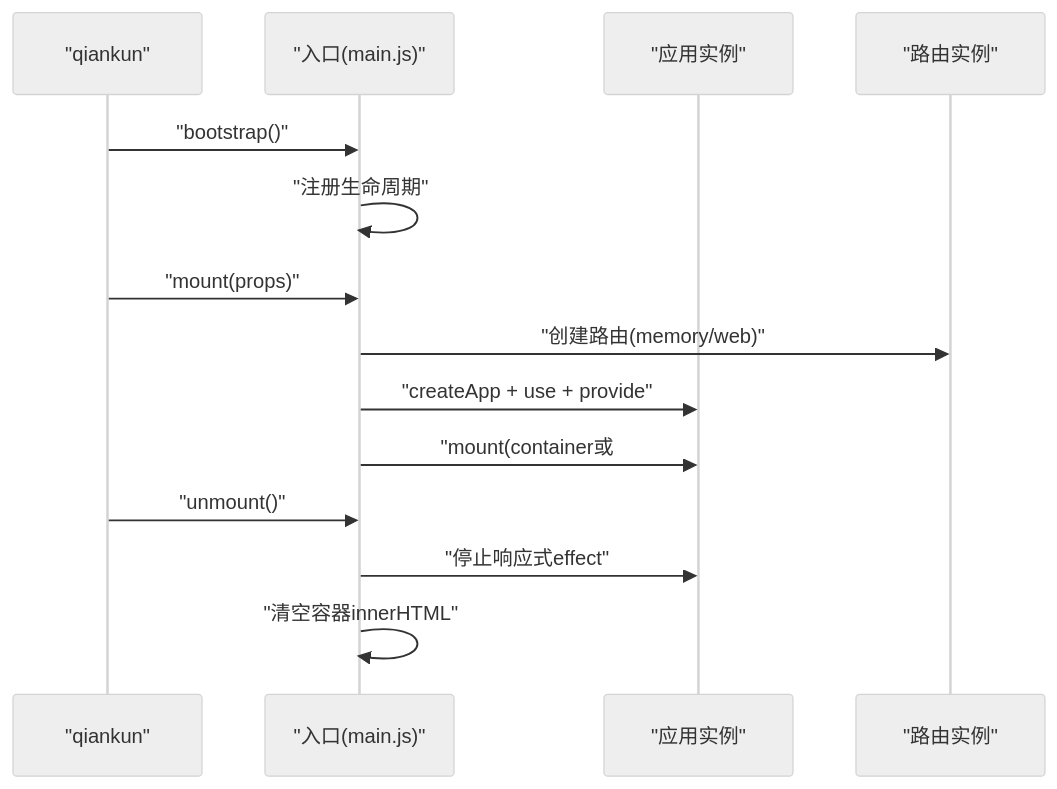
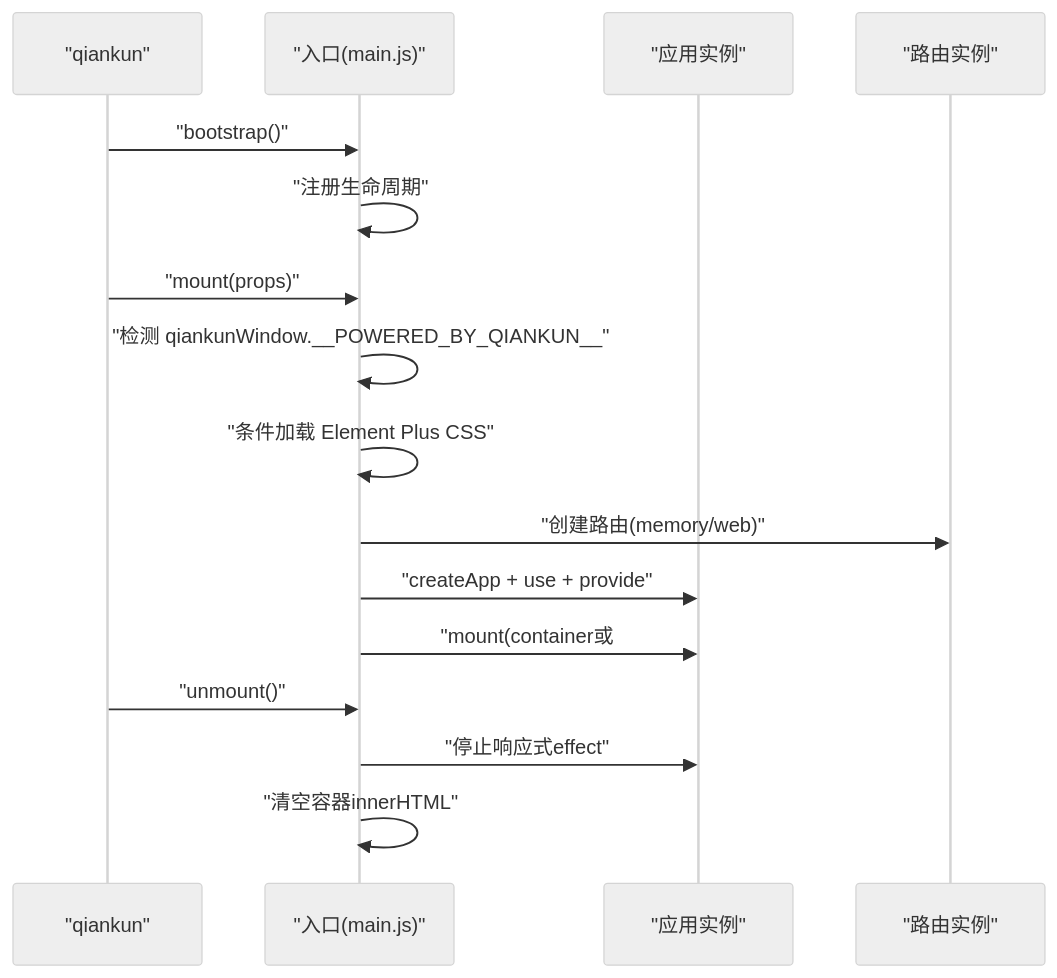
One commit to my-Sitara/artisan-base-frontend changed the fourth of 10 diagrams in .qoder/repowiki/zh/content/应用开发/Vue3子应用开发.md. Above: the diagram before and after it, drawn with Mermaid (neutral theme). The commit also changed other lines of this file and 35 other files, not shown here.

````diff
--- a/.qoder/repowiki/zh/content/应用开发/Vue3子应用开发.md
+++ b/.qoder/repowiki/zh/content/应用开发/Vue3子应用开发.md
@@ -139,16 +183,18 @@
 ```mermaid
 sequenceDiagram
 participant QK as "qiankun"
 participant Entry as "入口(main.js)"
 participant App as "应用实例"
 participant Router as "路由实例"
 QK->>Entry : "bootstrap()"
 Entry->>Entry : "注册生命周期"
 QK->>Entry : "mount(props)"
+Entry->>Entry : "检测 qiankunWindow.__POWERED_BY_QIANKUN__"
+Entry->>Entry : "条件加载 Element Plus CSS"
 Entry->>Router : "创建路由(memory/web)"
 Entry->>App : "createApp + use + provide"
 Entry->>App : "mount(container或#app)"
 QK->>Entry : "unmount()"
 Entry->>App : "停止响应式effect"
 Entry->>Entry : "清空容器innerHTML"
 ```
````
